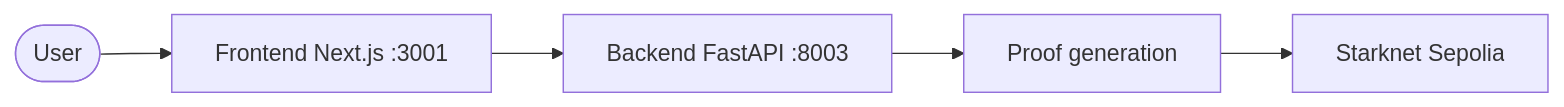
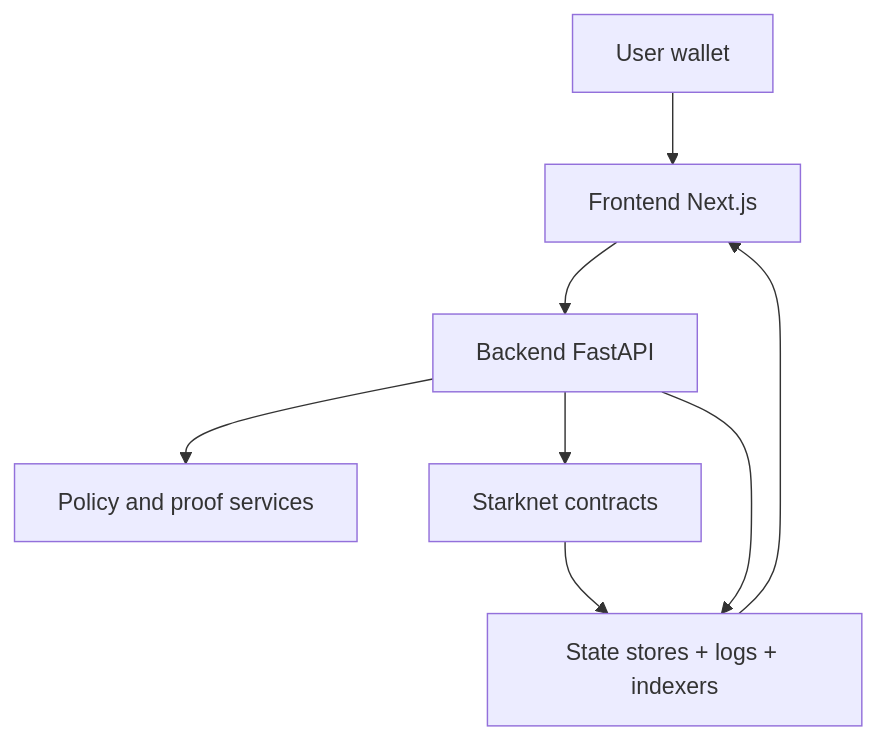
Before and after one commit to Obsqra-Labs/zkdefi: the first of 2 diagrams in docs-site/docs/architecture-summary.md, drawn with Mermaid. The commit also changed other lines of this file and 1062 other files, not shown here.

````diff
--- a/docs-site/docs/architecture-summary.md
+++ b/docs-site/docs/architecture-summary.md
@@ -16,12 +20,17 @@
 ```mermaid
-flowchart LR
-  User([User])
-  Frontend[Frontend Next.js :3001]
-  Backend[Backend FastAPI :8003]
-  Proofs[Proof generation]
-  Starknet[Starknet Sepolia]
-  User --> Frontend
-  Frontend --> Backend
-  Backend --> Proofs
-  Proofs --> Starknet
+flowchart TB
+  U[User wallet]
+  FE[Frontend Next.js]
+  BE[Backend FastAPI]
+  PX[Policy and proof services]
+  CH[Starknet contracts]
+  DS[State stores + logs + indexers]
+
+  U --> FE
+  FE --> BE
+  BE --> PX
+  BE --> CH
+  CH --> DS
+  BE --> DS
+  DS --> FE
 ```
````
